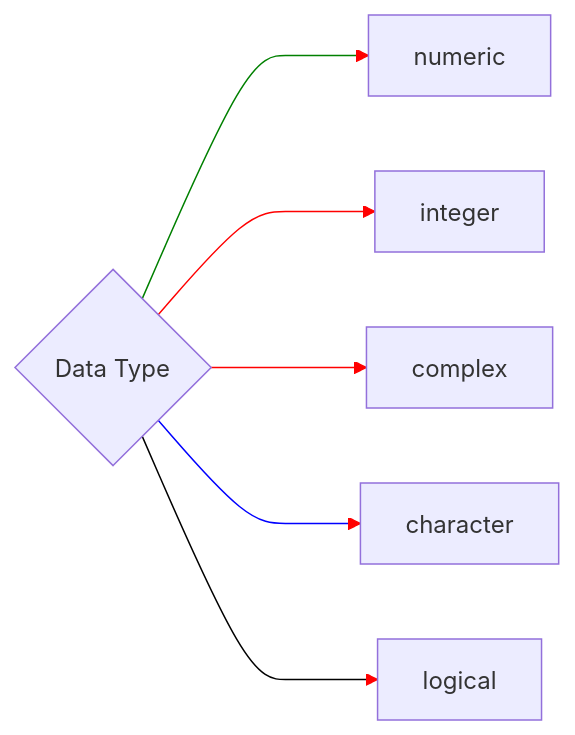
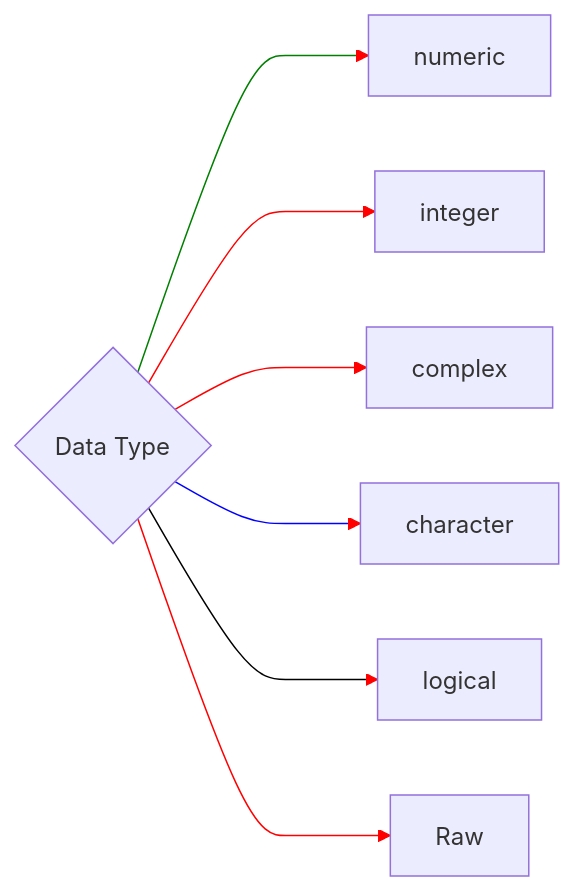
Before and after one commit to NING3739/datalabzone: the diagram in series/R/2022/11/r_basic/27/basics.qmd, drawn with Mermaid. The commit also changed other lines of this file, not shown here.

````diff
--- a/series/R/2022/11/r_basic/27/basics.qmd
+++ b/series/R/2022/11/r_basic/27/basics.qmd
@@ -233,13 +276,14 @@
 ```{mermaid}
 flowchart LR
-  A{Data Type}---> B[numeric]
+  A{Data Type}--->B[numeric]
   A{Data Type}--->C[integer]
   A{Data Type}--->D[complex]
   A{Data Type}--->E[character]
   A{Data Type}--->F[logical]
+  A{Data Type}--->G[Raw]
   
 linkStyle default stroke:red
 linkStyle 0 stroke:green
 linkStyle 3 stroke:blue
 linkStyle 4 stroke:black
 ```
````
